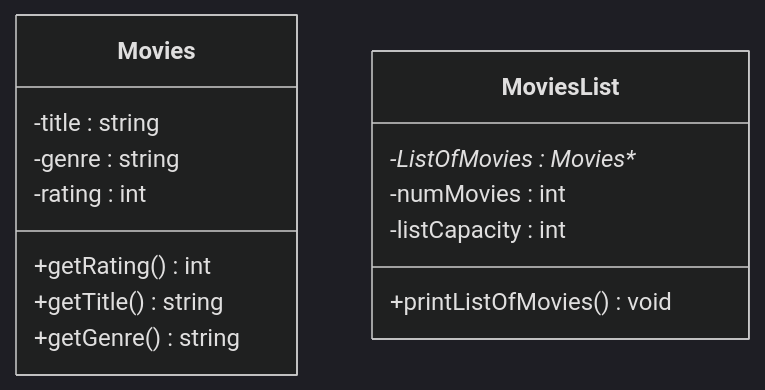
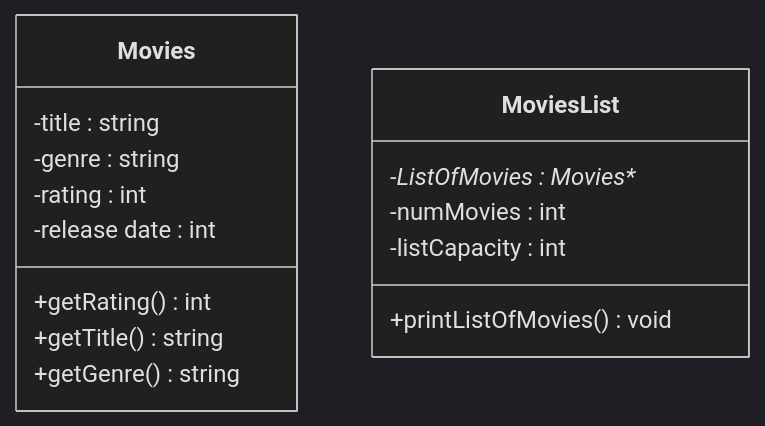
One commit to ssant096/Movie-Recommeder changed the diagram in README.md. Above: the diagram before and after it, drawn with Mermaid (dark theme).

Commit message:
edited Movies class diagram

````diff
--- a/README.md
+++ b/README.md
@@ -30,19 +30,20 @@
 ```mermaid
  classDiagram
  
  class Movies{
    -title : string
    -genre : string
    -rating : int
+   -release date : int
    +getRating() int
    +getTitle() string
    +getGenre() string
  }
  class MoviesList{
    -ListOfMovies : Movies**
    -numMovies : int
    -listCapacity : int
    +printListOfMovies() void
  }
  
  ```
````
